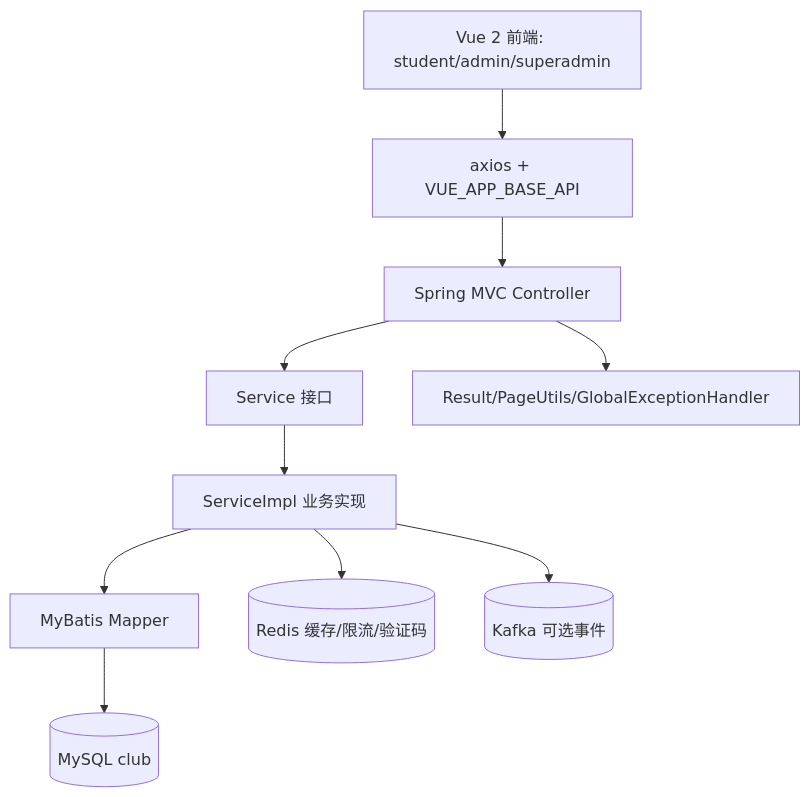
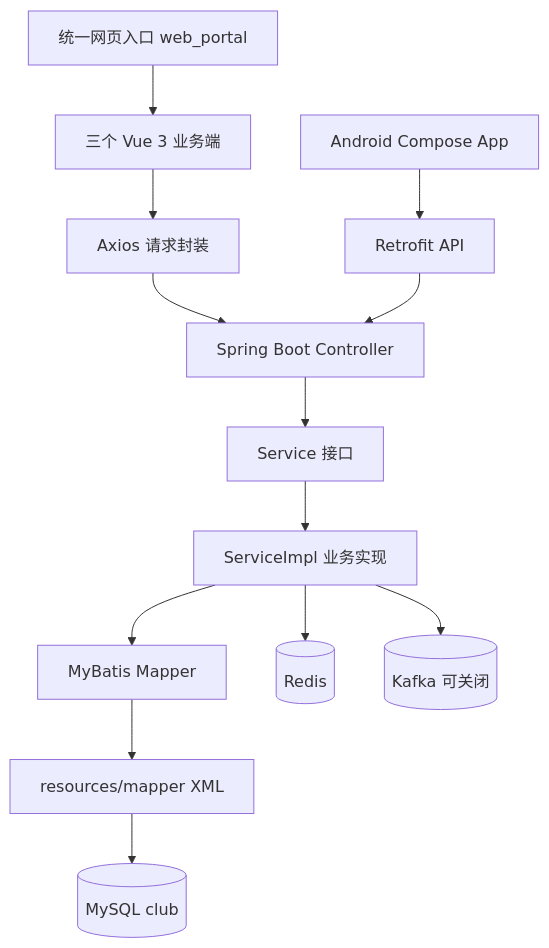
One commit to minislother/Digital-Hundred-Groups-Club changed the diagram in .codex/rules/ai-readme/generated/技术架构.md. Above: the diagram before and after it, drawn with Mermaid. The commit also changed other lines of this file and 87 other files, not shown here.

````diff
--- a/.codex/rules/ai-readme/generated/技术架构.md
+++ b/.codex/rules/ai-readme/generated/技术架构.md
@@ -5,12 +5,15 @@
 ```mermaid
 flowchart TD
- UI[Vue 2 前端: student/admin/superadmin] --> HTTP[axios + VUE_APP_BASE_API]
- HTTP --> Controller[Spring MVC Controller]
- Controller --> Service[Service 接口]
- Service --> Impl[ServiceImpl 业务实现]
- Impl --> Mapper[MyBatis Mapper]
- Mapper --> DB[(MySQL club)]
- Impl --> Cache[(Redis 缓存/限流/验证码)]
- Impl --> MQ[(Kafka 可选事件)]
- Controller --> Common[Result/PageUtils/GlobalExceptionHandler]
+  Portal[统一网页入口 web_portal] --> WebApps[三个 Vue 3 业务端]
+  WebApps --> Axios[Axios 请求封装]
+  Android[Android Compose App] --> Retrofit[Retrofit API]
+  Axios --> API[Spring Boot Controller]
+  Retrofit --> API
+  API --> Service[Service 接口]
+  Service --> Impl[ServiceImpl 业务实现]
+  Impl --> Mapper[MyBatis Mapper]
+  Mapper --> XML[resources/mapper XML]
+  XML --> DB[(MySQL club)]
+  Impl --> Redis[(Redis)]
+  Impl --> Kafka[(Kafka 可关闭)]
 ```
````
